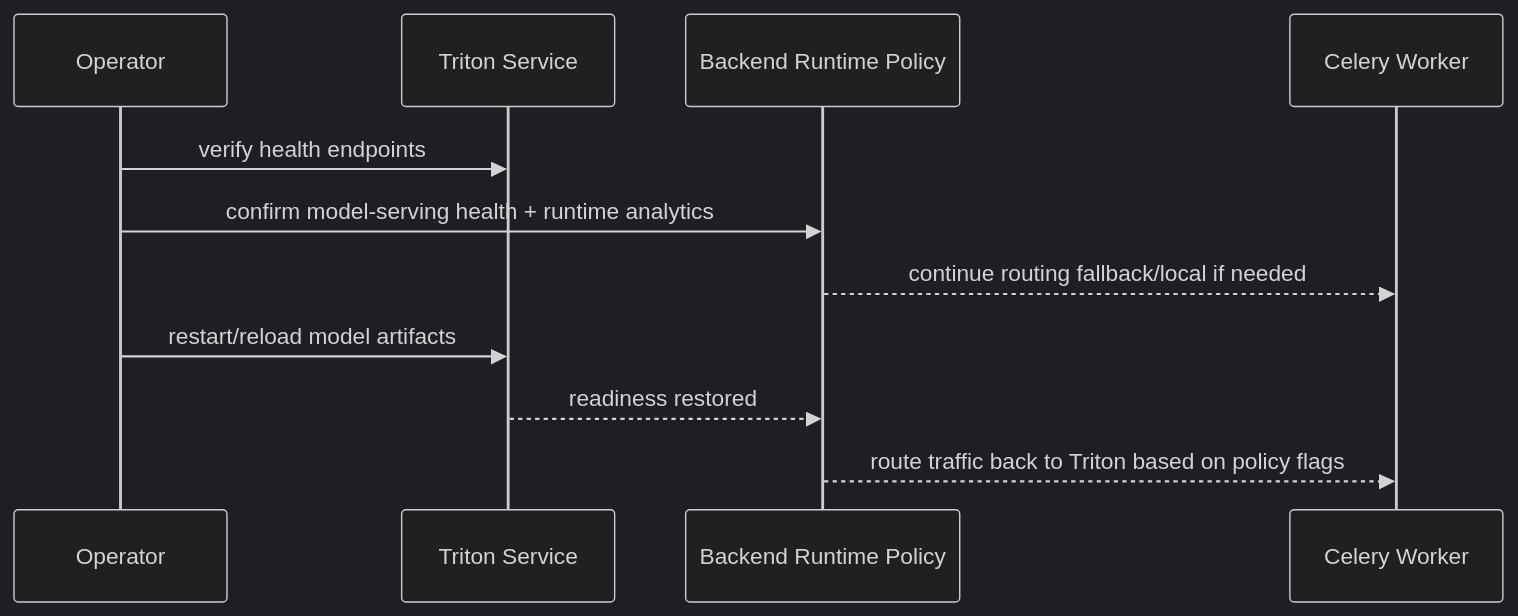
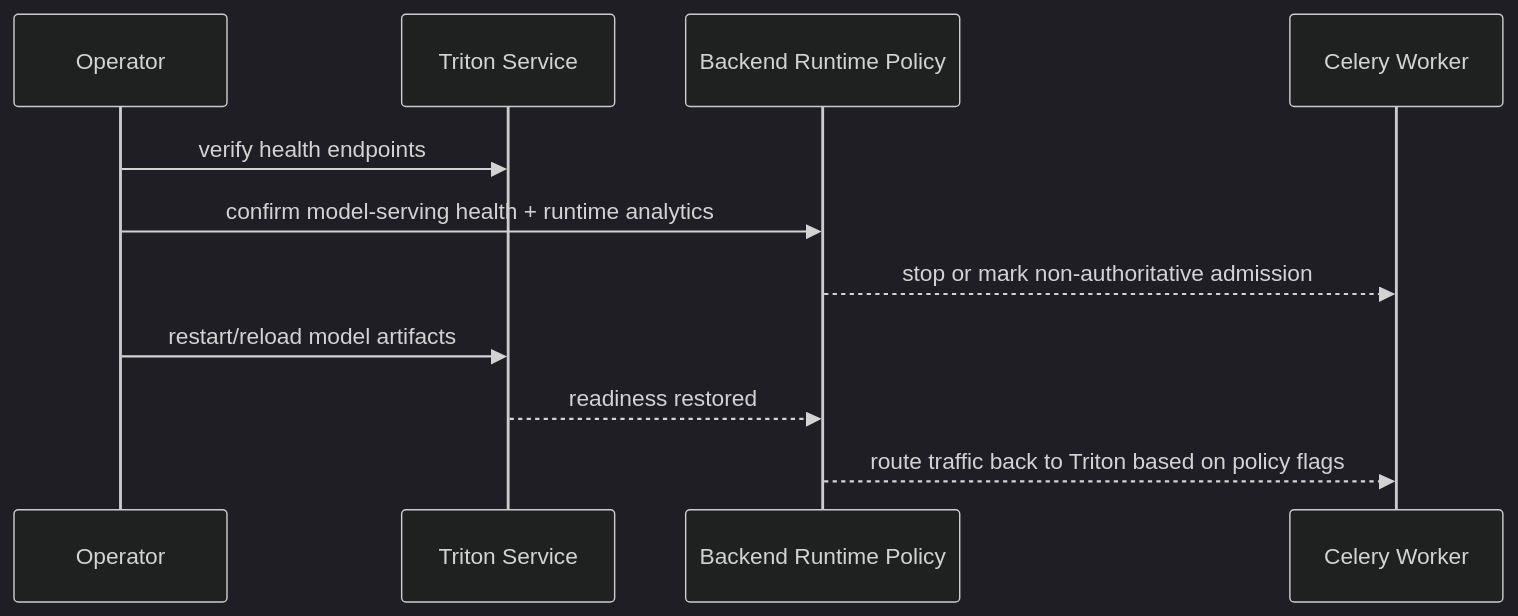
The second of 2 diagrams in docs/backend/architecture/triton-operations.md (ahmedelbamby-aast/Grad-Project-Docs), drawn with Mermaid before and after one commit. The commit also changed other lines of this file and 2792 other files, not shown here.

````diff
--- a/docs/backend/architecture/triton-operations.md
+++ b/docs/backend/architecture/triton-operations.md
@@ -81,15 +92,15 @@
 ```mermaid
 %%{init: {'theme': 'dark', 'themeVariables': {'primaryColor': '#7C3AED', 'lineColor': '#A78BFA'}}}%%
 sequenceDiagram
     participant Ops as Operator
     participant Triton as Triton Service
     participant Backend as Backend Runtime Policy
     participant Worker as Celery Worker
 
     Ops->>Triton: verify health endpoints
     Ops->>Backend: confirm model-serving health + runtime analytics
-    Backend-->>Worker: continue routing fallback/local if needed
+    Backend-->>Worker: stop or mark non-authoritative admission
     Ops->>Triton: restart/reload model artifacts
     Triton-->>Backend: readiness restored
     Backend-->>Worker: route traffic back to Triton based on policy flags
 ```
````
